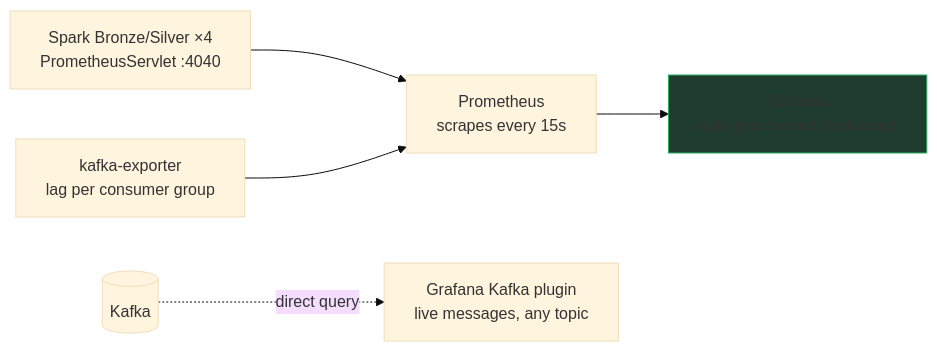
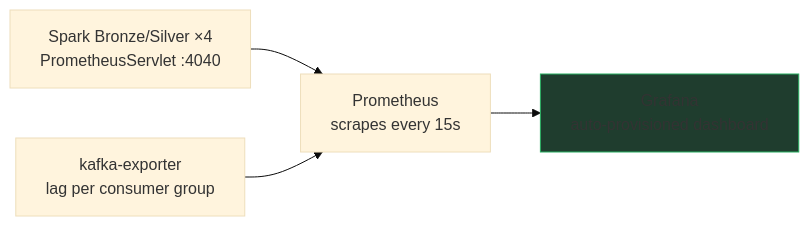
One commit to TomasRipsky/marineflow changed the second of 2 diagrams in README.md. Above: the diagram before and after it, drawn with Mermaid (base theme). The commit also changed other lines of this file and 10 other files, not shown here.

````diff
--- a/README.md
+++ b/README.md
@@ -103,15 +103,13 @@
 ```mermaid
 flowchart LR
     S1["Spark Bronze/Silver ×4<br/>PrometheusServlet :4040"]
     KE["kafka-exporter<br/>lag per consumer group"]
     PROM["Prometheus<br/>scrapes every 15s"]
     GRAF["Grafana<br/>auto-provisioned dashboard"]
-    KPLUGIN["Grafana Kafka plugin<br/>live messages, any topic"]
 
     S1 --> PROM
     KE --> PROM
     PROM --> GRAF
-    KAFKA[("Kafka")] -.direct query.-> KPLUGIN
 
     style GRAF fill:#1f3d2e,stroke:#27ae60
 ```
````
